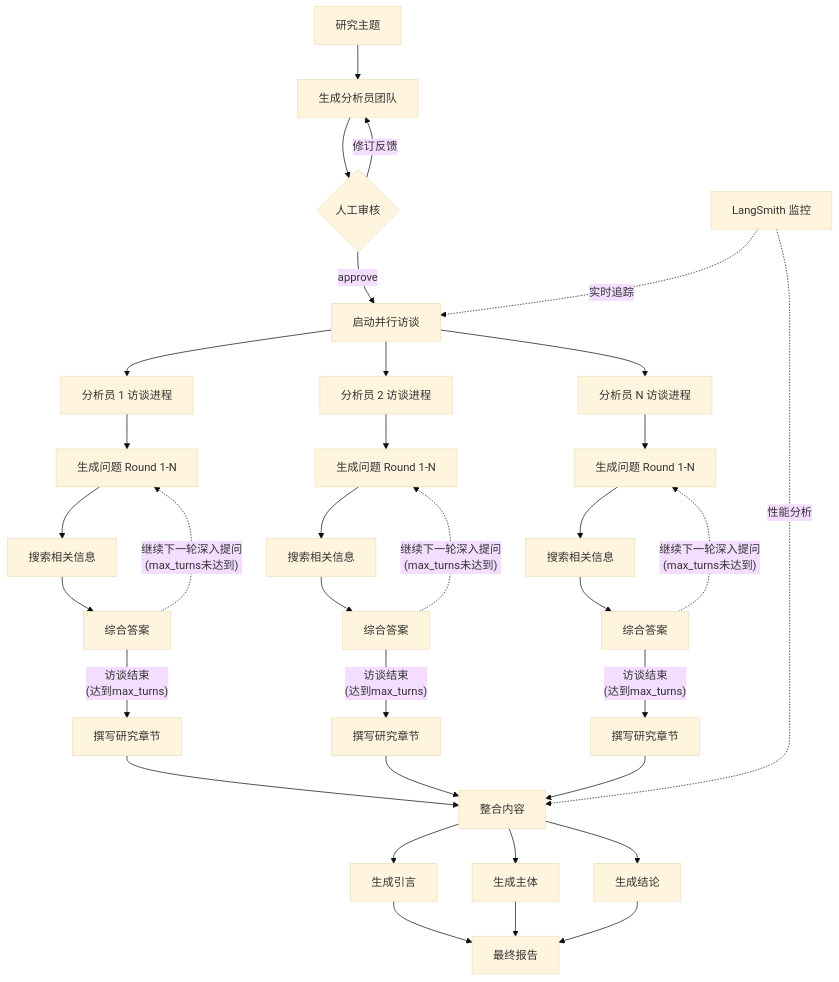
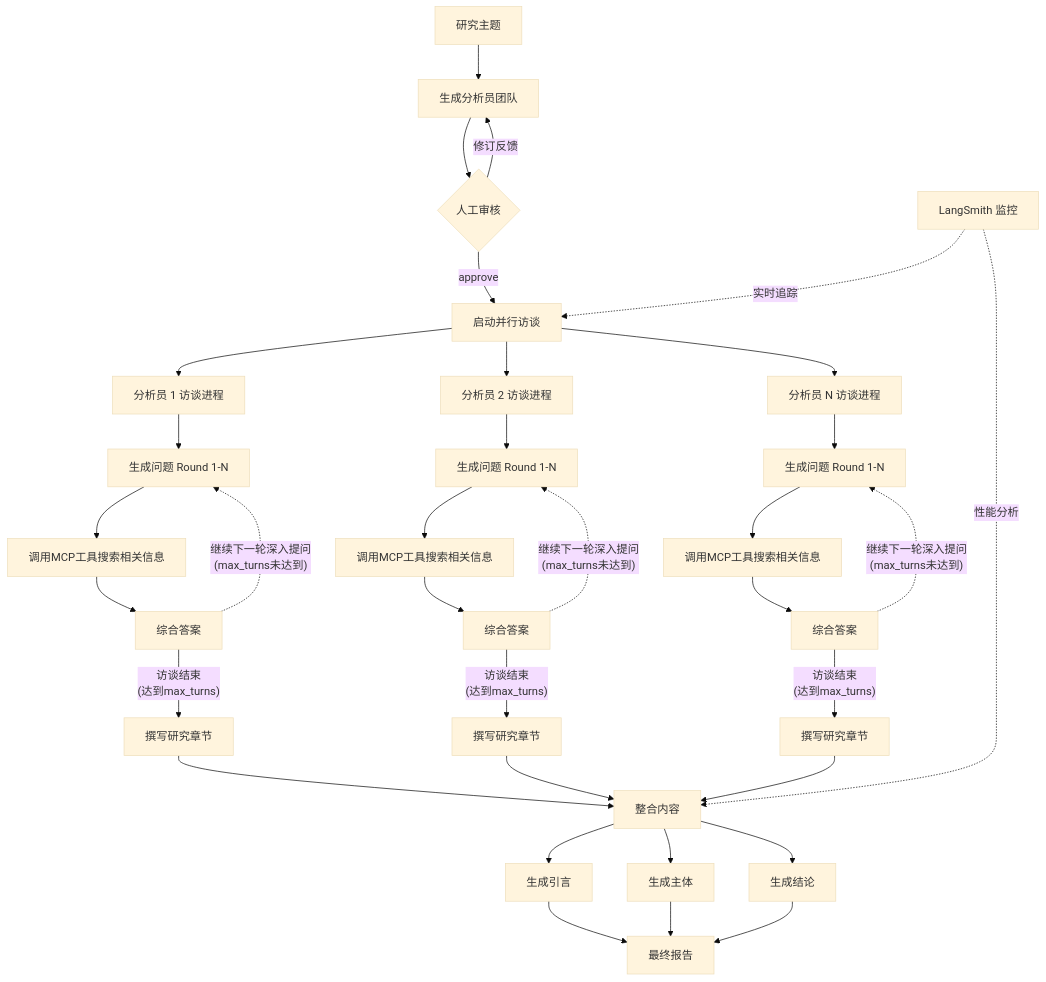
The diagram in README.md (margerit0/multi-perspective-research), drawn with Mermaid (base theme) before and after one commit.

Commit message:
Integrated MCP

````diff
--- a/README.md
+++ b/README.md
@@ -29,45 +29,45 @@
 ```mermaid
 graph TD
     A[研究主题] --> B[生成分析员团队]
     B --> C{人工审核}
     C -->|approve| D[启动并行访谈]
     C -->|修订反馈| B
     
     D --> E1[分析员 1 访谈进程]
     D --> E2[分析员 2 访谈进程]
     D --> E3[分析员 N 访谈进程]
     
     %% 分析员1的访谈循环
     E1 --> Q1[生成问题 Round 1-N]
-    Q1 --> S1[搜索相关信息]
+    Q1 --> S1[调用MCP工具搜索相关信息]
     S1 --> A1[综合答案]
     A1 -.->|"继续下一轮深入提问<br/>(max_turns未达到)"| Q1
     A1 -->|"访谈结束<br/>(达到max_turns)"| SEC1[撰写研究章节]
     
     %% 分析员2的访谈循环  
     E2 --> Q2[生成问题 Round 1-N]
-    Q2 --> S2[搜索相关信息]
+    Q2 --> S2[调用MCP工具搜索相关信息]
     S2 --> A2[综合答案]
     A2 -.->|"继续下一轮深入提问<br/>(max_turns未达到)"| Q2
     A2 -->|"访谈结束<br/>(达到max_turns)"| SEC2[撰写研究章节]
     
     %% 分析员N的访谈循环
     E3 --> Q3[生成问题 Round 1-N]
-    Q3 --> S3[搜索相关信息]
+    Q3 --> S3[调用MCP工具搜索相关信息]
     S3 --> A3[综合答案]
     A3 -.->|"继续下一轮深入提问<br/>(max_turns未达到)"| Q3
     A3 -->|"访谈结束<br/>(达到max_turns)"| SEC3[撰写研究章节]
     
     SEC1 --> R[整合内容]
     SEC2 --> R
     SEC3 --> R
     R --> INTRO[生成引言]
     R --> CONTENT[生成主体]
     R --> CONCL[生成结论]
     INTRO --> F[最终报告]
     CONTENT --> F
     CONCL --> F
     
     LS[LangSmith 监控] -.->|实时追踪| D
     LS -.->|性能分析| R
 ```
````
